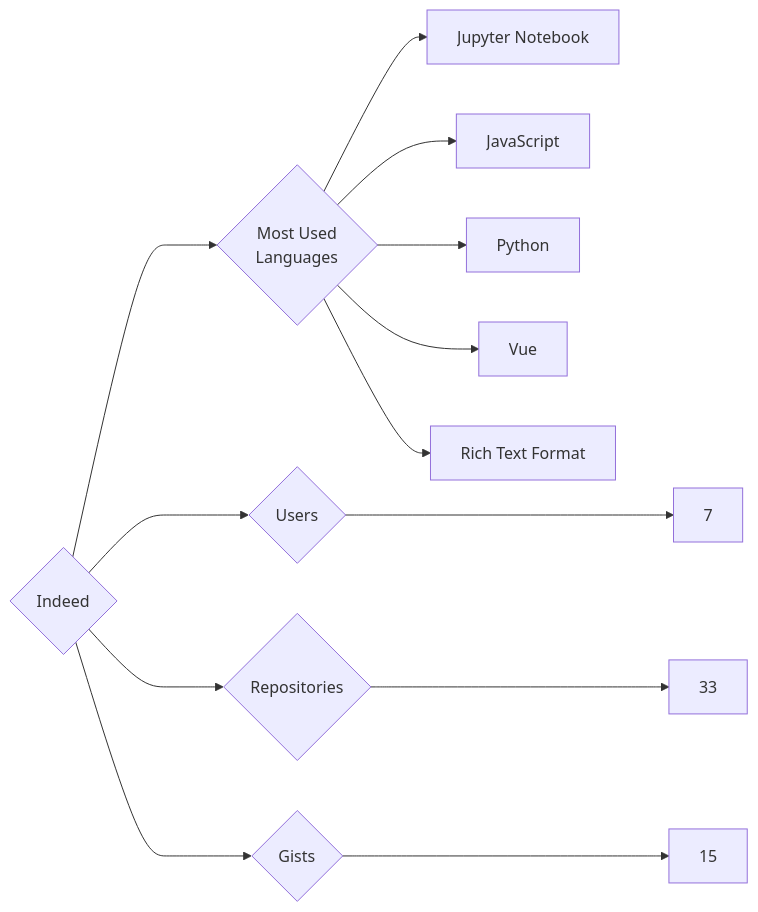
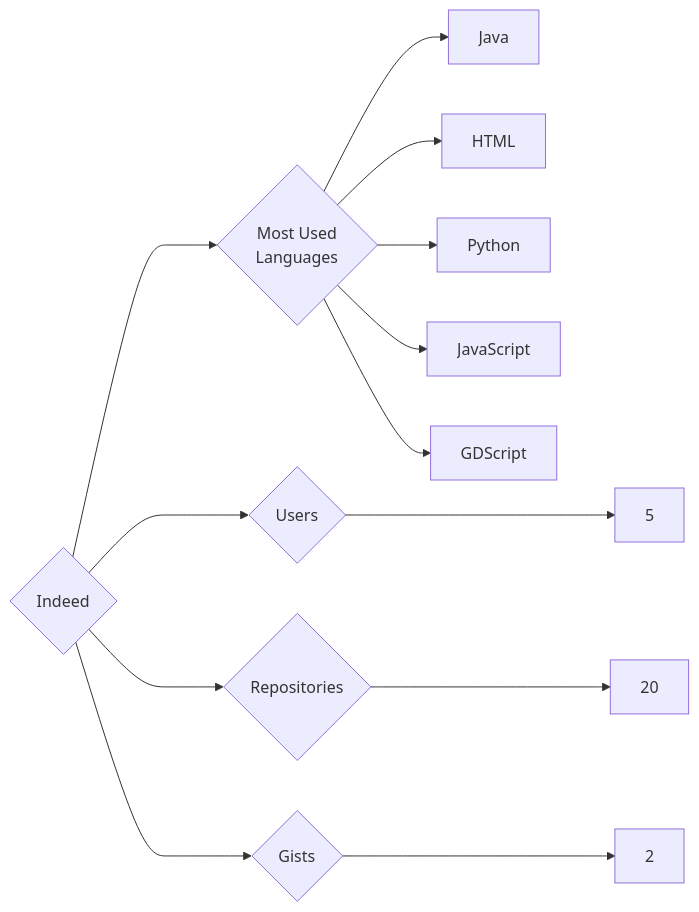
One commit to trickest/insiders changed the diagram in targets/Indeed/README.md. Above: the diagram before and after it, drawn with Mermaid. The commit also changed 688 other files, not shown here.

````diff
--- a/targets/Indeed/README.md
+++ b/targets/Indeed/README.md
@@ -3,13 +3,13 @@
 ```mermaid
 graph LR
 COMPANY_NAME{Indeed}
-COMPANY_NAME ---> U{Users} ---> UN[7]
-COMPANY_NAME ---> R{Repositories} ---> RN[33]
-COMPANY_NAME ---> G{Gists} ---> GN[15]
+COMPANY_NAME ---> U{Users} ---> UN[5]
+COMPANY_NAME ---> R{Repositories} ---> RN[20]
+COMPANY_NAME ---> G{Gists} ---> GN[2]
 COMPANY_NAME ---> ML{Most Used<br>Languages}
-ML --> Jupyter_Notebook[Jupyter Notebook]
+ML --> Java[Java]
+ML --> HTML[HTML]
+ML --> Python[Python]
 ML --> JavaScript[JavaScript]
-ML --> Python[Python]
-ML --> Vue[Vue]
-ML --> Rich_Text_Format[Rich Text Format]
+ML --> GDScript[GDScript]
 ```
````
